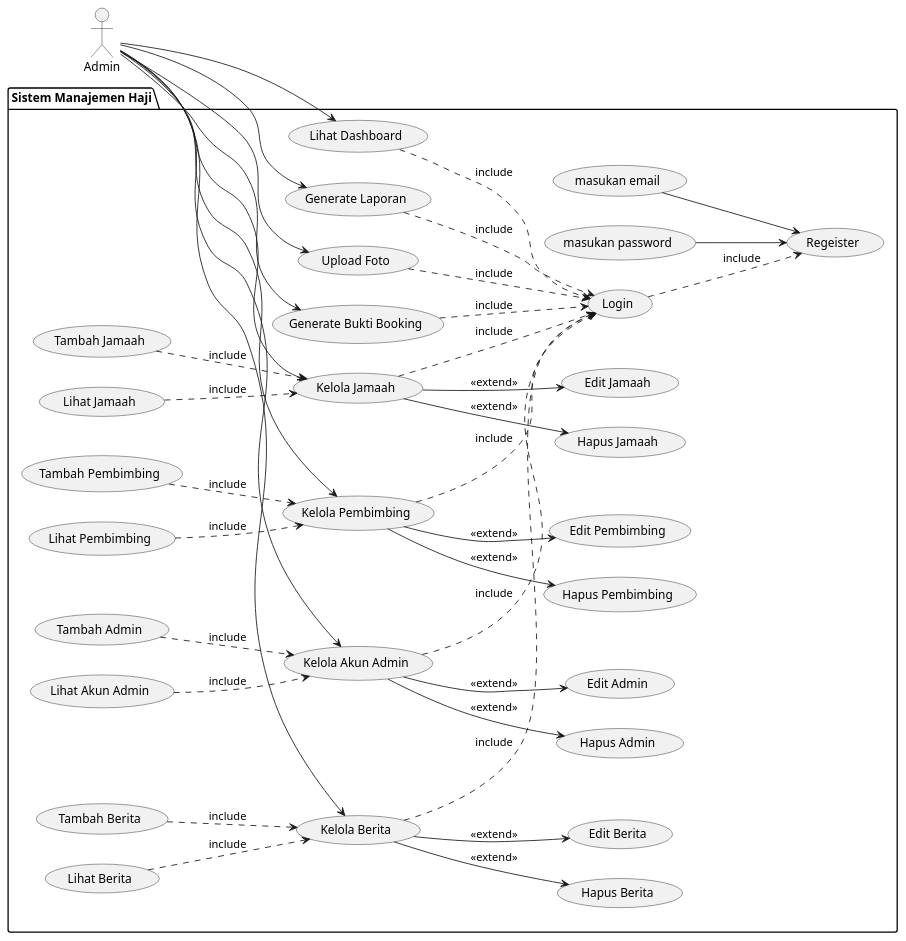
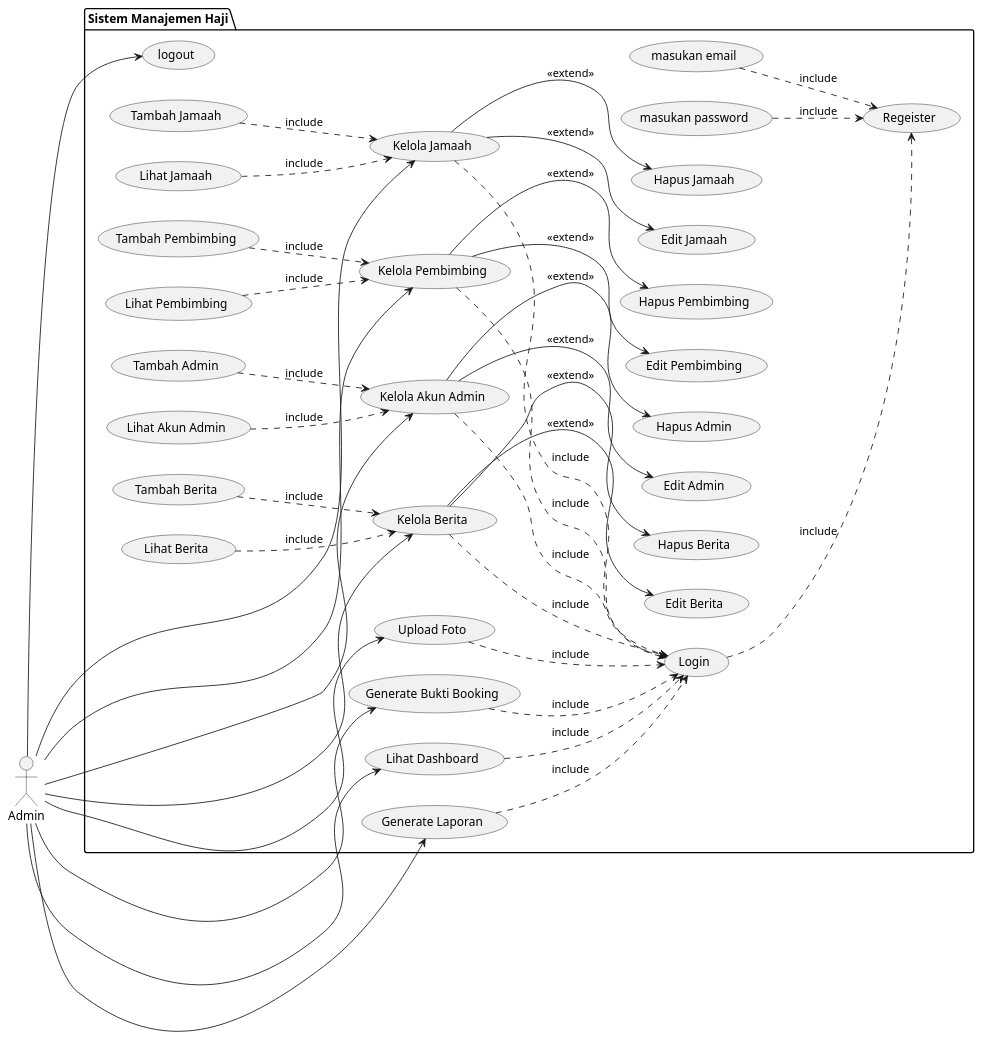
The diagram in komponen/use_case_diagram_admin.puml (fauzirahayu/uzicom), drawn with PlantUML before and after one commit. The commit also changed 9 other files, not shown here.

```diff
--- a/komponen/use_case_diagram_admin.puml
+++ b/komponen/use_case_diagram_admin.puml
@@ -1,96 +1,97 @@
 @startuml
 left to right direction
 
 actor "Admin" as Admin
 
 package "Sistem Manajemen Haji" {
     ' Authentication
     usecase "Login" as UC1
     usecase "Regeister" as UC2
     usecase "masukan email" as UC40
     usecase "masukan password" as UC41
+    usecase "logout" as UC42
 
     ' Dashboard
     usecase "Lihat Dashboard" as UC3
 
     ' Jamaah Management
     usecase "Kelola Jamaah" as UC4
     usecase "Tambah Jamaah" as UC5
     usecase "Edit Jamaah" as UC6
     usecase "Hapus Jamaah" as UC7
     usecase "Lihat Jamaah" as UC8
 
     ' Pembimbing Management
     usecase "Kelola Pembimbing" as UC9
     usecase "Tambah Pembimbing" as UC10
     usecase "Edit Pembimbing" as UC11
     usecase "Hapus Pembimbing" as UC12
     usecase "Lihat Pembimbing" as UC13
 
     ' Admin Account Management
     usecase "Kelola Akun Admin" as UC14
     usecase "Tambah Admin" as UC15
     usecase "Edit Admin" as UC16
     usecase "Hapus Admin" as UC17
     usecase "Lihat Akun Admin" as UC18
 
     ' News Management
     usecase "Kelola Berita" as UC24
     usecase "Tambah Berita" as UC25
     usecase "Edit Berita" as UC26
     usecase "Hapus Berita" as UC27
     usecase "Lihat Berita" as UC28
 
     ' Reports and Uploads
     usecase "Generate Laporan" as UC29
     usecase "Upload Foto" as UC34
     usecase "Generate Bukti Booking" as UC35
 
     ' Includes and Extends
     UC1 ..> UC2 : include
-    UC40 --> UC2
-    UC41 --> UC2
+    UC40 ..> UC2 : include
+    UC41 ..> UC2 : include
     UC3 ..> UC1 : include
     UC4 ..> UC1 : include
     UC9 ..> UC1 : include
     UC14 ..> UC1 : include
     UC24 ..> UC1 : include
     UC29 ..> UC1 : include
     UC34 ..> UC1 : include
     UC35 ..> UC1 : include
 
     UC5 ..> UC4 : include
     UC8 ..> UC4 : include
     UC4 --> UC6 : <<extend>>
     UC4 --> UC7 : <<extend>>
 
     UC10 ..> UC9 : include
     UC13 ..> UC9 : include
     UC9 --> UC11 : <<extend>>
     UC9 --> UC12 : <<extend>>
 
     UC15 ..> UC14 : include
     UC18 ..> UC14 : include
     UC14 --> UC16 : <<extend>>
     UC14 --> UC17 : <<extend>>
 
     UC25 ..> UC24 : include
     UC28 ..> UC24 : include
     UC24 --> UC26 : <<extend>>
     UC24 --> UC27 : <<extend>>
 }
 
 '
 ' Admin relations
 '
-
+Admin --> UC42
 Admin --> UC3
 Admin --> UC4
 Admin --> UC9
 Admin --> UC14
 Admin --> UC24
 Admin --> UC29
 Admin --> UC34
 Admin --> UC35
 
 @enduml
```
